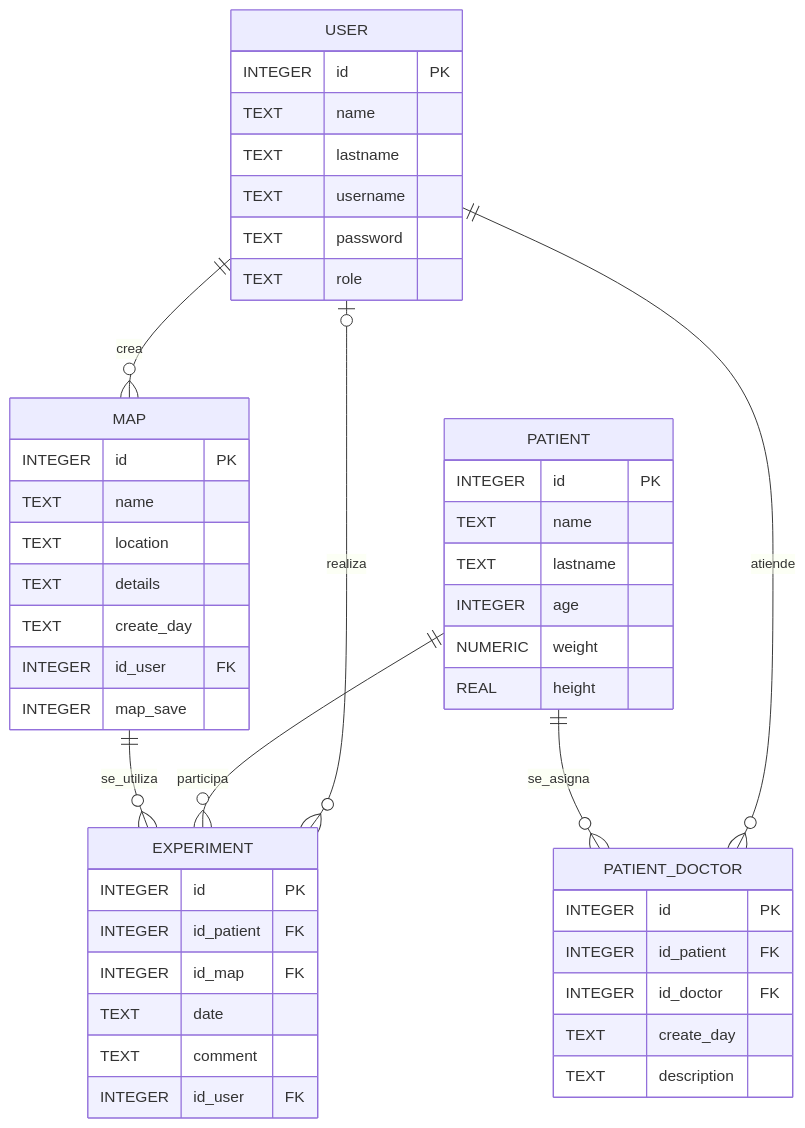
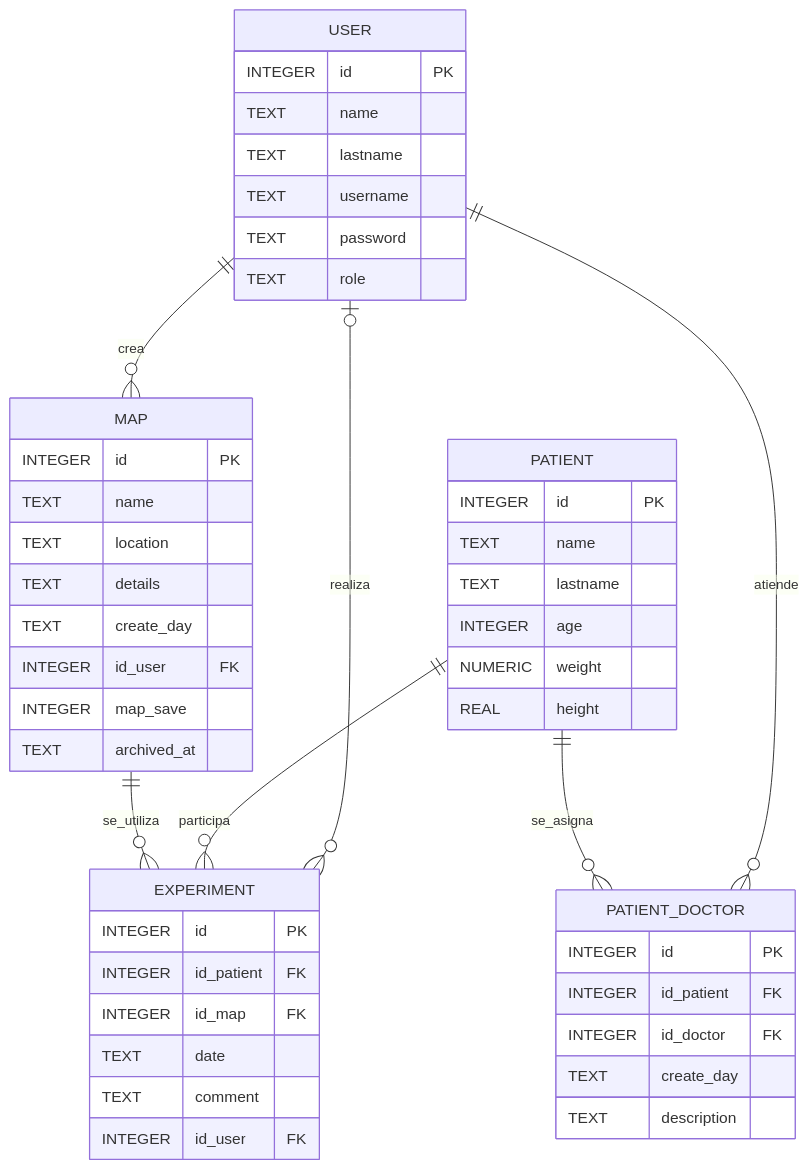
One commit to victor-villamar/GUI_ROBOGait_V2 changed the third of 6 diagrams in src/robogait_gui/README.md. Above: the diagram before and after it, drawn with Mermaid. The commit also changed other lines of this file, not shown here.

````diff
--- a/src/robogait_gui/README.md
+++ b/src/robogait_gui/README.md
@@ -108,54 +108,55 @@
 ```mermaid
 erDiagram
    USER ||--o{ MAP : crea
    USER o|--o{ EXPERIMENT : realiza
    USER ||--o{ PATIENT_DOCTOR : atiende
    PATIENT ||--o{ PATIENT_DOCTOR : se_asigna
    PATIENT ||--o{ EXPERIMENT : participa
    MAP ||--o{ EXPERIMENT : se_utiliza
 
    USER{
       INTEGER id PK
       TEXT name
       TEXT lastname
       TEXT username
       TEXT password
       TEXT role
    }
 
    PATIENT {
       INTEGER id PK
       TEXT name
       TEXT lastname
       INTEGER age
       NUMERIC weight
       REAL height
    }
 
    MAP {
       INTEGER id PK
       TEXT name
       TEXT location
       TEXT details
       TEXT create_day
       INTEGER id_user FK
       INTEGER map_save
+      TEXT archived_at
    }
 
    EXPERIMENT {
       INTEGER id PK
       INTEGER id_patient FK
       INTEGER id_map FK
       TEXT date
       TEXT comment
       INTEGER id_user FK
    }
 
    PATIENT_DOCTOR {
       INTEGER id PK
       INTEGER id_patient FK
       INTEGER id_doctor FK
       TEXT create_day
       TEXT description
     }
 ```
````
